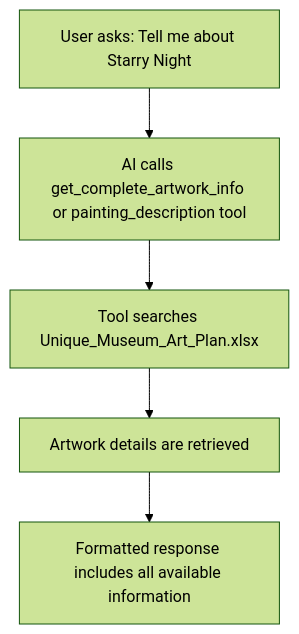
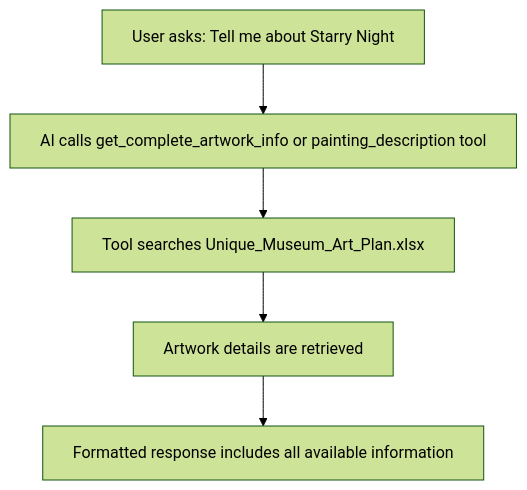
Before and after one commit to chaitanyasaiyerra/Musuem-chatbot: the ninth of 15 diagrams in STEP_BY_STEP_GUIDE.md, drawn with Mermaid (forest theme). The commit also changed other lines of this file and 1 other file, not shown here.

Commit message:
docs: replace spaces with nbsp in mermaid diagrams to force single-line rendering

````diff
--- a/STEP_BY_STEP_GUIDE.md
+++ b/STEP_BY_STEP_GUIDE.md
@@ -147,7 +147,7 @@
 ```mermaid
 graph TD
-    A["User asks: Tell me about Starry Night"] --> B["AI calls get_complete_artwork_info or painting_description tool"]
-    B --> C["Tool searches Unique_Museum_Art_Plan.xlsx"]
-    C --> D["Artwork details are retrieved"]
-    D --> E["Formatted response includes all available information"]
+    A["User&nbsp;asks:&nbsp;Tell&nbsp;me&nbsp;about&nbsp;Starry&nbsp;Night"] --> B["AI&nbsp;calls&nbsp;get_complete_artwork_info&nbsp;or&nbsp;painting_description&nbsp;tool"]
+    B --> C["Tool&nbsp;searches&nbsp;Unique_Museum_Art_Plan.xlsx"]
+    C --> D["Artwork&nbsp;details&nbsp;are&nbsp;retrieved"]
+    D --> E["Formatted&nbsp;response&nbsp;includes&nbsp;all&nbsp;available&nbsp;information"]
 ```
````
